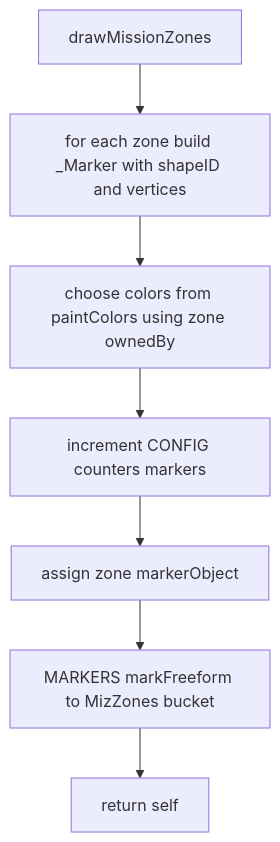
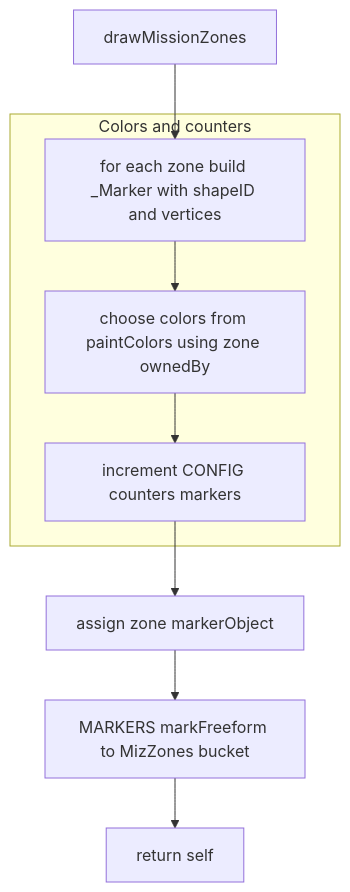
One commit to Gh0st352/AETHR changed the second of 6 diagrams in docs/zone_manager/markers_and_arrows.md. Above: the diagram before and after it, drawn with Mermaid. The commit also changed other lines of this file and 6 other files, not shown here.

Commit message:
docs(zone_manager, mermaid): normalize headings, restructure Mermaid diagrams, and add shared theme & class annotations

````diff
--- a/docs/zone_manager/markers_and_arrows.md
+++ b/docs/zone_manager/markers_and_arrows.md
@@ -55,9 +62,15 @@
 ```mermaid
+%% shared theme: docs/_mermaid/theme.json %%
 flowchart TD
   MZ1[drawMissionZones] --> MZ2[for each zone build _Marker with shapeID and vertices]
-  MZ2 --> MZ3[choose colors from paintColors using zone ownedBy]
-  MZ3 --> MZ4[increment CONFIG counters markers]
+  subgraph "Colors and counters"
+    MZ2 --> MZ3[choose colors from paintColors using zone ownedBy]
+    MZ3 --> MZ4[increment CONFIG counters markers]
+  end
   MZ4 --> MZ5[assign zone markerObject]
   MZ5 --> MZ6[MARKERS markFreeform to MizZones bucket]
   MZ6 --> MZ7[return self]
+  class MZ2 class_compute;
+  class MZ6 class_io;
+  class MZ7 class_result;
 ```
````
